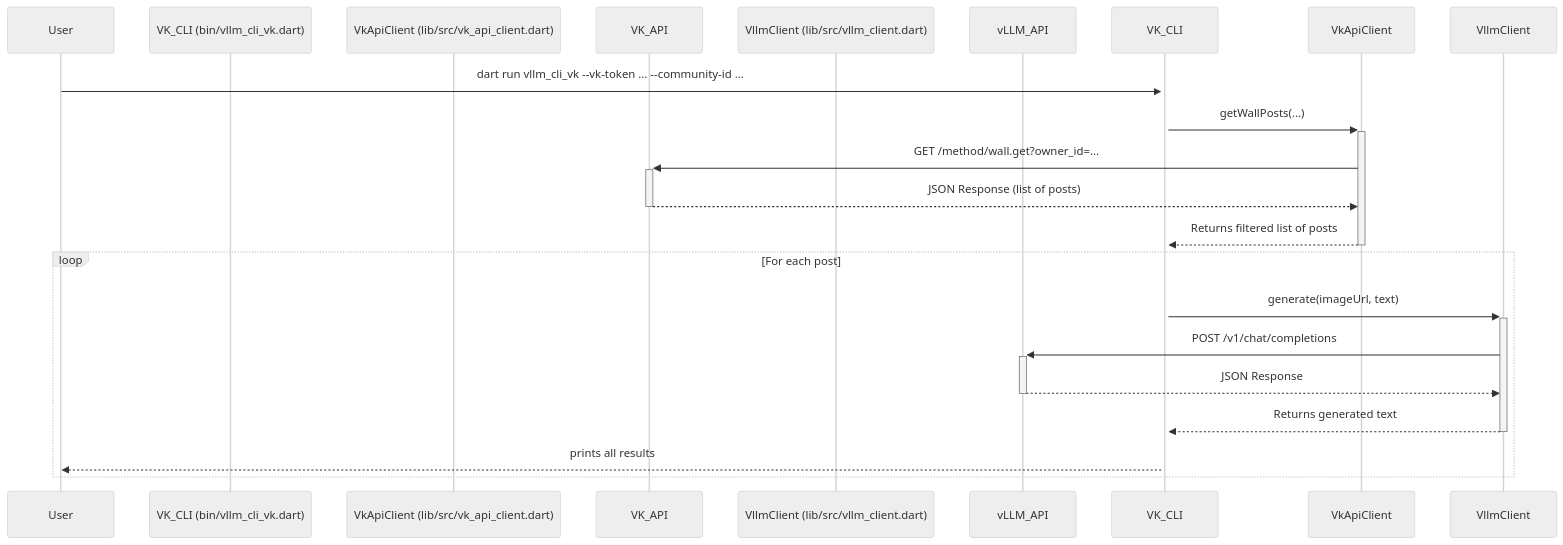
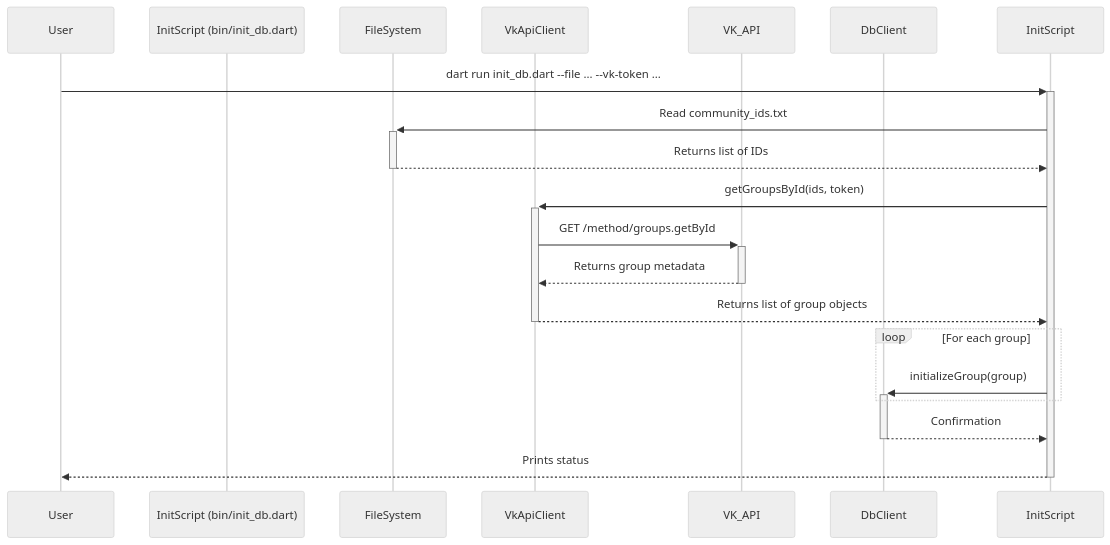
One commit to e-mage/local-events changed the first of 2 diagrams in vllm_cli/MODIFICATION_DESIGN.md. Above: the diagram before and after it, drawn with Mermaid (neutral theme). The commit also changed other lines of this file and 8 other files, not shown here.

First line of the commit message:
feat: Implement DbClient and init_db script

````diff
--- a/vllm_cli/MODIFICATION_DESIGN.md
+++ b/vllm_cli/MODIFICATION_DESIGN.md
@@ -80,23 +89,22 @@
 ```mermaid
 sequenceDiagram
     participant User
-    participant VK_CLI (bin/vllm_cli_vk.dart)
-    participant VkApiClient (lib/src/vk_api_client.dart)
+    participant InitScript (bin/init_db.dart)
+    participant FileSystem
+    participant VkApiClient
     participant VK_API
-    participant VllmClient (lib/src/vllm_client.dart)
-    participant vLLM_API
+    participant DbClient
 
-    User->>+VK_CLI: dart run vllm_cli_vk --vk-token ... --community-id ...
-    VK_CLI->>+VkApiClient: getWallPosts(...)
-    VkApiClient->>+VK_API: GET /method/wall.get?owner_id=...
-    VK_API-->>-VkApiClient: JSON Response (list of posts)
-    VkApiClient-->>-VK_CLI: Returns filtered list of posts
-
-    loop For each post
-        VK_CLI->>+VllmClient: generate(imageUrl, text)
-        VllmClient->>+vLLM_API: POST /v1/chat/completions
-        vLLM_API-->>-VllmClient: JSON Response
-        VllmClient-->>-VK_CLI: Returns generated text
-        VK_CLI-->>User: prints all results
+    User->>+InitScript: dart run init_db.dart --file ... --vk-token ...
+    InitScript->>+FileSystem: Read community_ids.txt
+    FileSystem-->>-InitScript: Returns list of IDs
+    InitScript->>+VkApiClient: getGroupsById(ids, token)
+    VkApiClient->>+VK_API: GET /method/groups.getById
+    VK_API-->>-VkApiClient: Returns group metadata
+    VkApiClient-->>-InitScript: Returns list of group objects
+    loop For each group
+        InitScript->>+DbClient: initializeGroup(group)
     end
+    DbClient-->>-InitScript: Confirmation
+    InitScript-->>-User: Prints status
 ```
````
